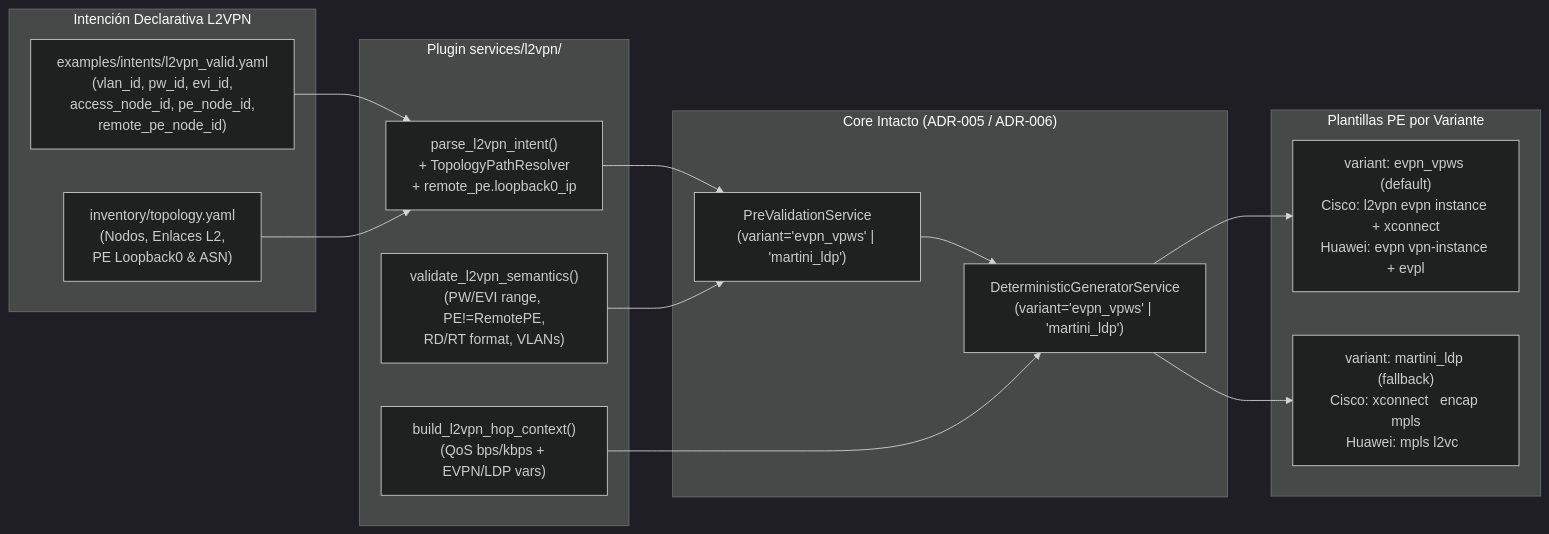
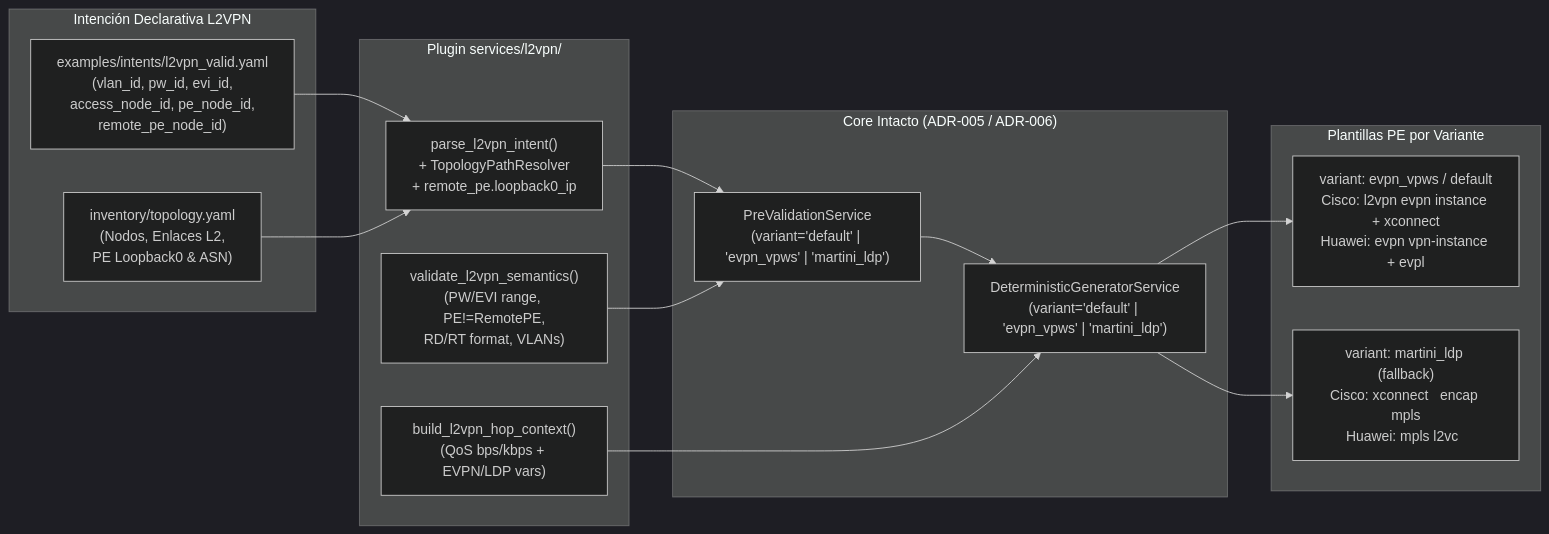
One commit to JohaoAndree/IntentFabric changed the diagram in docs/adr/ADR-009.md. Above: the diagram before and after it, drawn with Mermaid (dark theme). The commit also changed other lines of this file, not shown here.

````diff
--- a/docs/adr/ADR-009.md
+++ b/docs/adr/ADR-009.md
@@ -59,32 +52,32 @@
 ```mermaid
 flowchart LR
     subgraph Input["Intención Declarativa L2VPN"]
         YAML["examples/intents/l2vpn_valid.yaml<br/>(vlan_id, pw_id, evi_id,<br/>access_node_id, pe_node_id,<br/>remote_pe_node_id)"]
         TOPO["inventory/topology.yaml<br/>(Nodos, Enlaces L2,<br/>PE Loopback0 & ASN)"]
     end
 
     subgraph PluginL2VPN["Plugin services/l2vpn/"]
         PARSER["parse_l2vpn_intent()<br/>+ TopologyPathResolver<br/>+ remote_pe.loopback0_ip"]
         VALIDATOR["validate_l2vpn_semantics()<br/>(PW/EVI range, PE!=RemotePE,<br/>RD/RT format, VLANs)"]
         CTX["build_l2vpn_hop_context()<br/>(QoS bps/kbps + EVPN/LDP vars)"]
     end
 
     subgraph CoreEngine["Core Intacto (ADR-005 / ADR-006)"]
-        PRE["PreValidationService<br/>(variant='evpn_vpws' | 'martini_ldp')"]
-        GEN["DeterministicGeneratorService<br/>(variant='evpn_vpws' | 'martini_ldp')"]
+        PRE["PreValidationService<br/>(variant='default' | 'evpn_vpws' | 'martini_ldp')"]
+        GEN["DeterministicGeneratorService<br/>(variant='default' | 'evpn_vpws' | 'martini_ldp')"]
     end
 
     subgraph Variants["Plantillas PE por Variante"]
-        EVPN["variant: evpn_vpws (default)<br/>Cisco: l2vpn evpn instance + xconnect<br/>Huawei: evpn vpn-instance + evpl"]
+        EVPN["variant: evpn_vpws / default<br/>Cisco: l2vpn evpn instance + xconnect<br/>Huawei: evpn vpn-instance + evpl"]
         LDP["variant: martini_ldp (fallback)<br/>Cisco: xconnect <ip> <pw_id> encap mpls<br/>Huawei: mpls l2vc <ip> <pw_id>"]
     end
 
     YAML --> PARSER
     TOPO --> PARSER
     PARSER --> PRE
     VALIDATOR --> PRE
     PRE --> GEN
     CTX --> GEN
     GEN --> EVPN
     GEN --> LDP
 ```
````
